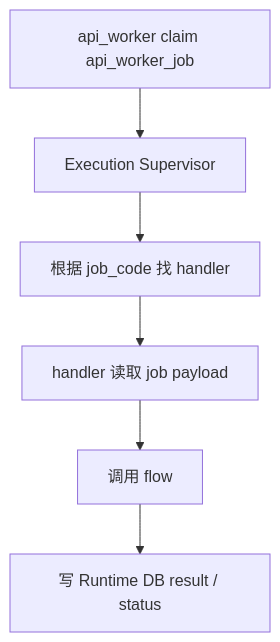
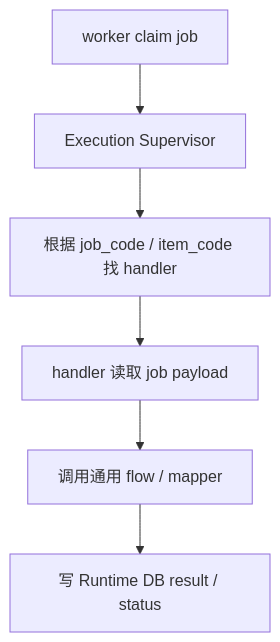
The second of 3 diagrams in docs/arch/workflow-selection-analysis-design.md (knighterrantsky/mujitask), drawn with Mermaid before and after one commit. The commit also changed other lines of this file and 3 other files, not shown here.

````diff
--- a/docs/arch/workflow-selection-analysis-design.md
+++ b/docs/arch/workflow-selection-analysis-design.md
@@ -67,8 +161,8 @@
 ```mermaid
 flowchart TD
-    A["api_worker claim api_worker_job"] --> B["Execution Supervisor"]
-    B --> C["根据 job_code 找 handler"]
+    A["worker claim job"] --> B["Execution Supervisor"]
+    B --> C["根据 job_code / item_code 找 handler"]
     C --> D["handler 读取 job payload"]
-    D --> E["调用 flow"]
+    D --> E["调用通用 flow / mapper"]
     E --> F["写 Runtime DB result / status"]
 ```
````
